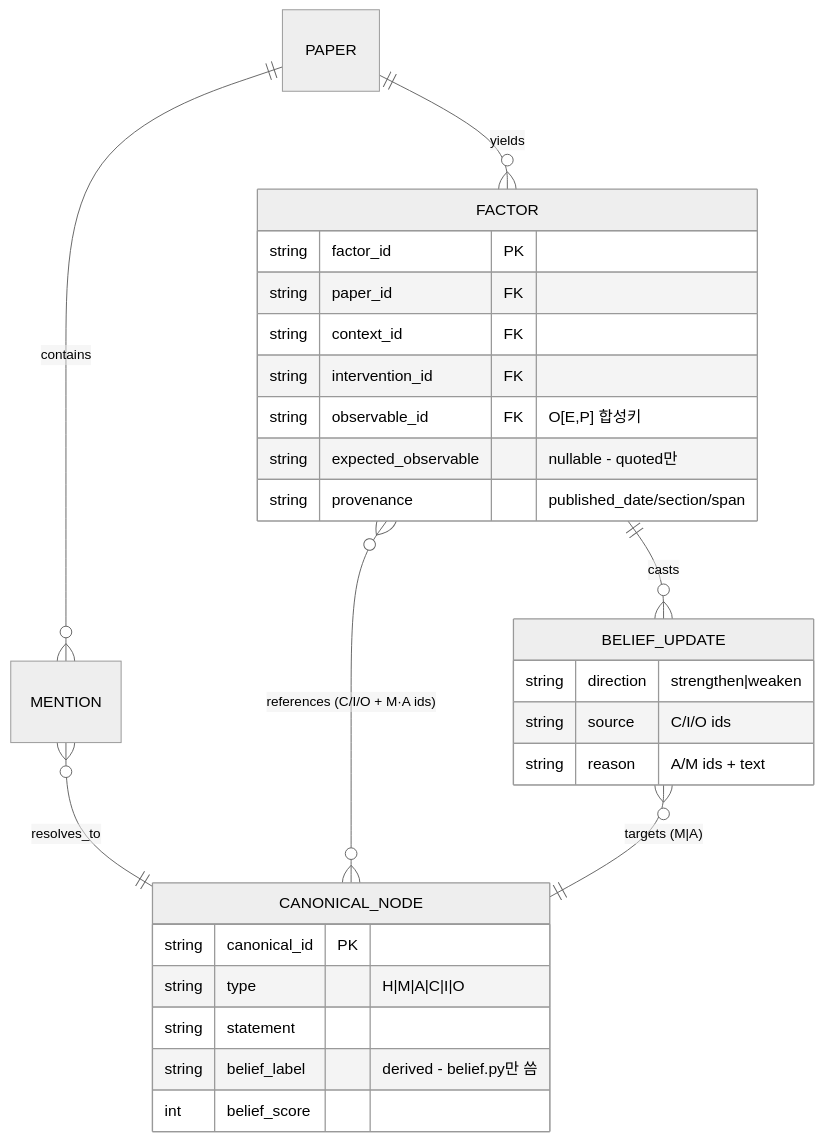
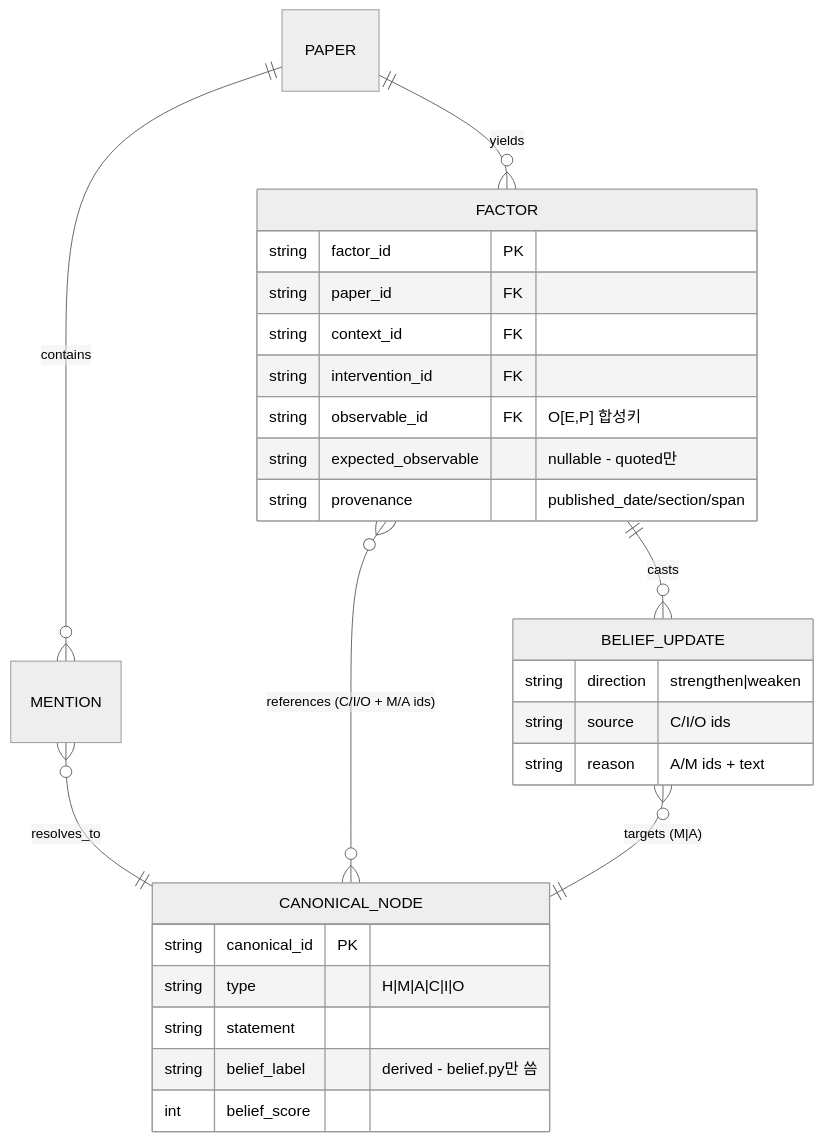
One commit to JooKyung-Yuh/AIO-System changed the second of 2 diagrams in docs/key_ideas.md. Above: the diagram before and after it, drawn with Mermaid (neutral theme). The commit also changed other lines of this file, not shown here.

````diff
--- a/docs/key_ideas.md
+++ b/docs/key_ideas.md
@@ -175,30 +175,30 @@
 ```mermaid
 erDiagram
   PAPER ||--o{ FACTOR : yields
   PAPER ||--o{ MENTION : contains
   MENTION }o--|| CANONICAL_NODE : resolves_to
-  FACTOR }o--o{ CANONICAL_NODE : "references (C/I/O + M·A ids)"
+  FACTOR }o--o{ CANONICAL_NODE : "references (C/I/O + M/A ids)"
   FACTOR ||--o{ BELIEF_UPDATE : casts
   BELIEF_UPDATE }o--|| CANONICAL_NODE : "targets (M|A)"
   CANONICAL_NODE {
     string canonical_id PK
     string type "H|M|A|C|I|O"
     string statement
     string belief_label "derived - belief.py만 씀"
     int    belief_score
   }
   FACTOR {
     string factor_id PK
     string paper_id FK
     string context_id FK
     string intervention_id FK
     string observable_id FK "O[E,P] 합성키"
     string expected_observable "nullable - quoted만"
     string provenance "published_date/section/span"
   }
   BELIEF_UPDATE {
     string direction "strengthen|weaken"
     string source "C/I/O ids"
     string reason "A/M ids + text"
   }
 ```
````
